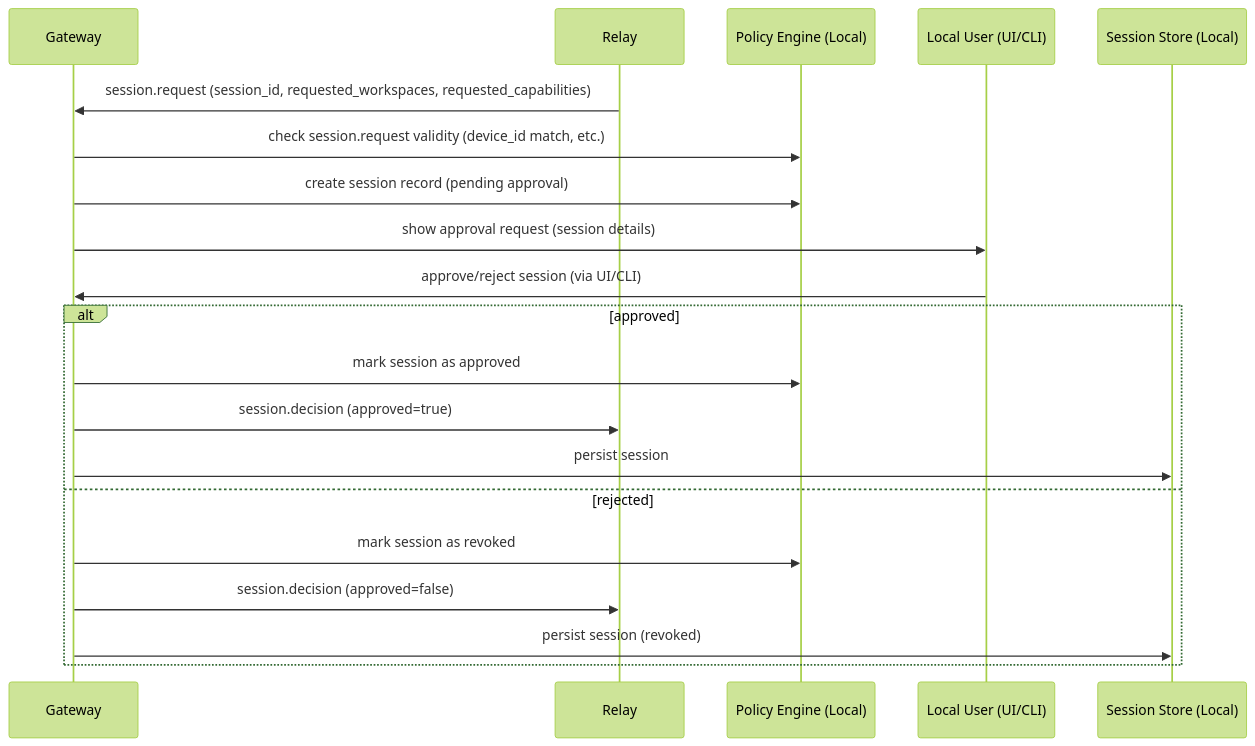
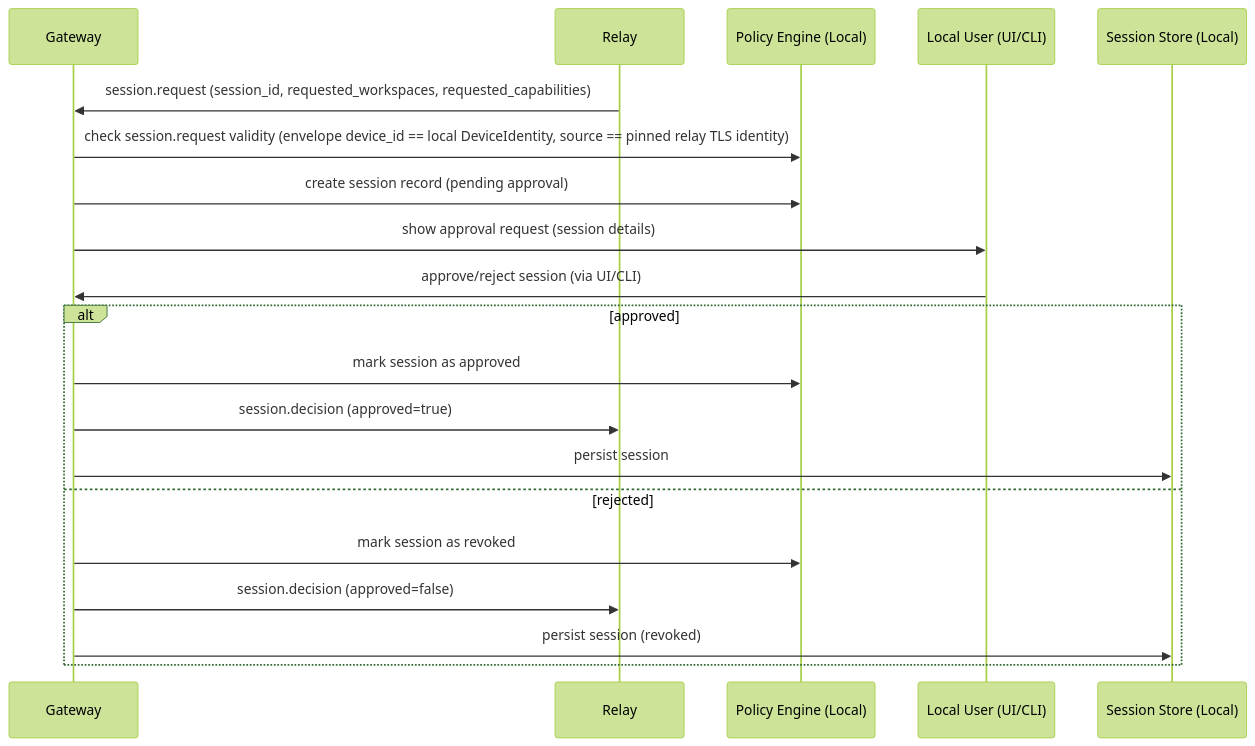
The second of 8 diagrams in docs/security/sequence-diagrams.md (oaslananka/kicad-mcp-pro-gateway), drawn with Mermaid (forest theme) before and after one commit. The commit also changed other lines of this file and 3 other files, not shown here.

First line of the commit message:
docs: fail closed on out-of-window messages and pin relay identity to TLS

````diff
--- a/docs/security/sequence-diagrams.md
+++ b/docs/security/sequence-diagrams.md
@@ -29,23 +38,23 @@
 ```mermaid
 sequenceDiagram
     participant Gateway
     participant Relay
     participant PolicyEngine as Policy Engine (Local)
     participant User as Local User (UI/CLI)
     participant SessionStore as Session Store (Local)
 
     Relay->>Gateway: session.request (session_id, requested_workspaces, requested_capabilities)
-    Gateway->>PolicyEngine: check session.request validity (device_id match, etc.)
+    Gateway->>PolicyEngine: check session.request validity (envelope device_id == local DeviceIdentity, source == pinned relay TLS identity)
     Gateway->>PolicyEngine: create session record (pending approval)
     Gateway->>User: show approval request (session details)
     User->>Gateway: approve/reject session (via UI/CLI)
     alt approved
         Gateway->>PolicyEngine: mark session as approved
         Gateway->>Relay: session.decision (approved=true)
         Gateway->>SessionStore: persist session
     else rejected
         Gateway->>PolicyEngine: mark session as revoked
         Gateway->>Relay: session.decision (approved=false)
         Gateway->>SessionStore: persist session (revoked)
     end
 ```
````
